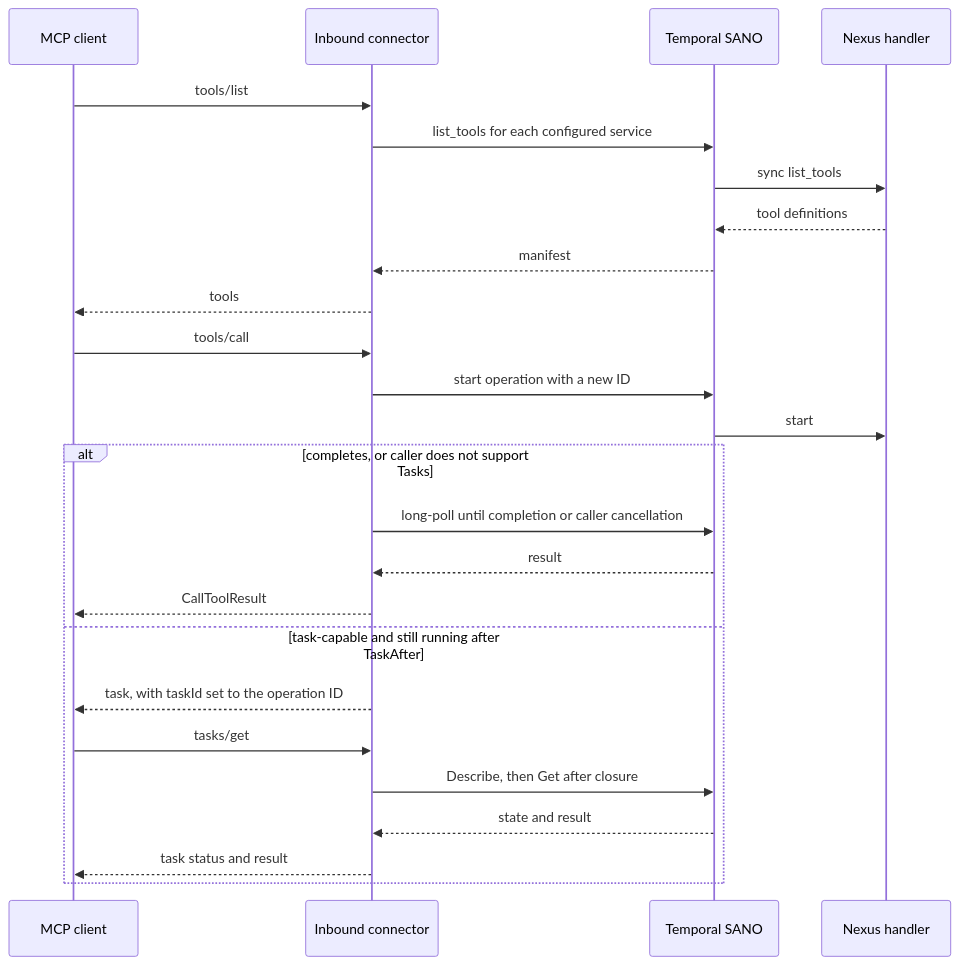
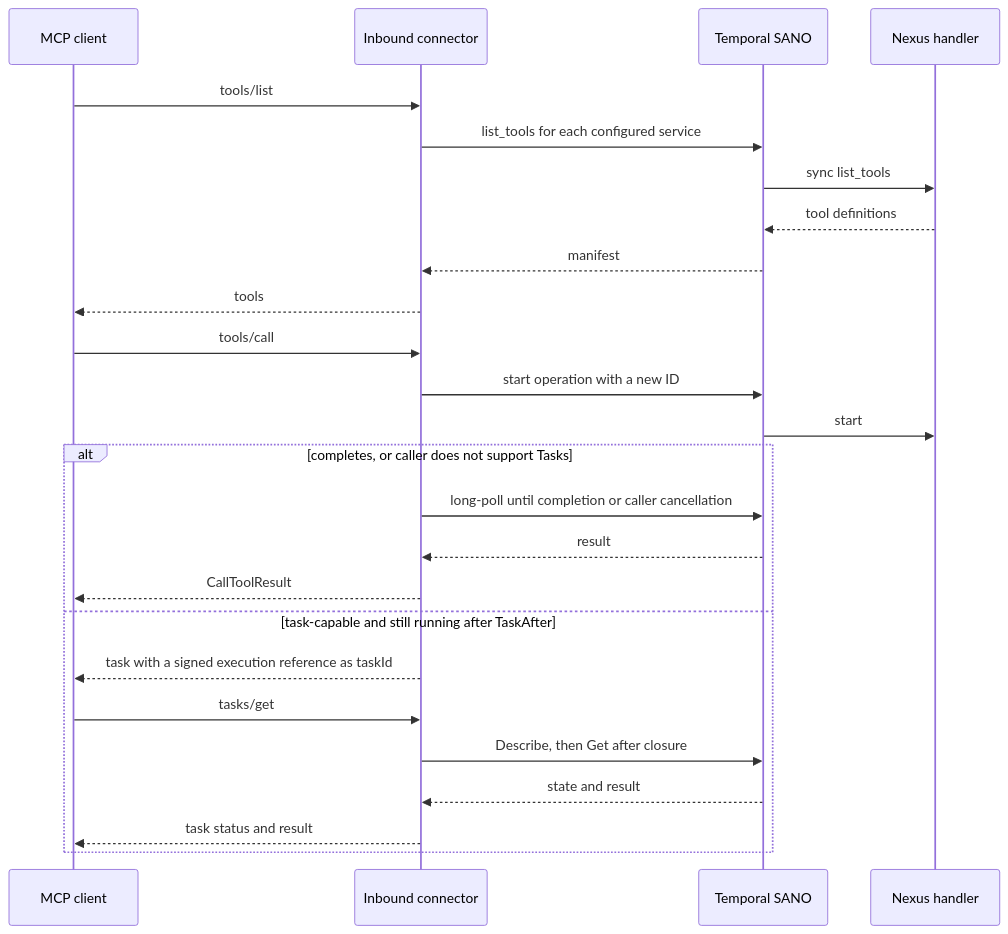
One commit to long-nt-tran/durable-mcp-connector changed the third of 4 diagrams in ARCHITECTURE.md. Above: the diagram before and after it, drawn with Mermaid. The commit also changed other lines of this file and 41 other files, not shown here.

````diff
--- a/ARCHITECTURE.md
+++ b/ARCHITECTURE.md
@@ -83,27 +159,27 @@
 ```mermaid
 sequenceDiagram
   participant C as MCP client
   participant I as Inbound connector
   participant N as Temporal SANO
   participant H as Nexus handler
   C->>I: tools/list
   I->>N: list_tools for each configured service
   N->>H: sync list_tools
   H-->>N: tool definitions
   N-->>I: manifest
   I-->>C: tools
   C->>I: tools/call
   I->>N: start operation with a new ID
   N->>H: start
   alt completes, or caller does not support Tasks
     I->>N: long-poll until completion or caller cancellation
     N-->>I: result
     I-->>C: CallToolResult
   else task-capable and still running after TaskAfter
-    I-->>C: task, with taskId set to the operation ID
+    I-->>C: task with a signed execution reference as taskId
     C->>I: tasks/get
     I->>N: Describe, then Get after closure
     N-->>I: state and result
     I-->>C: task status and result
   end
 ```
````
